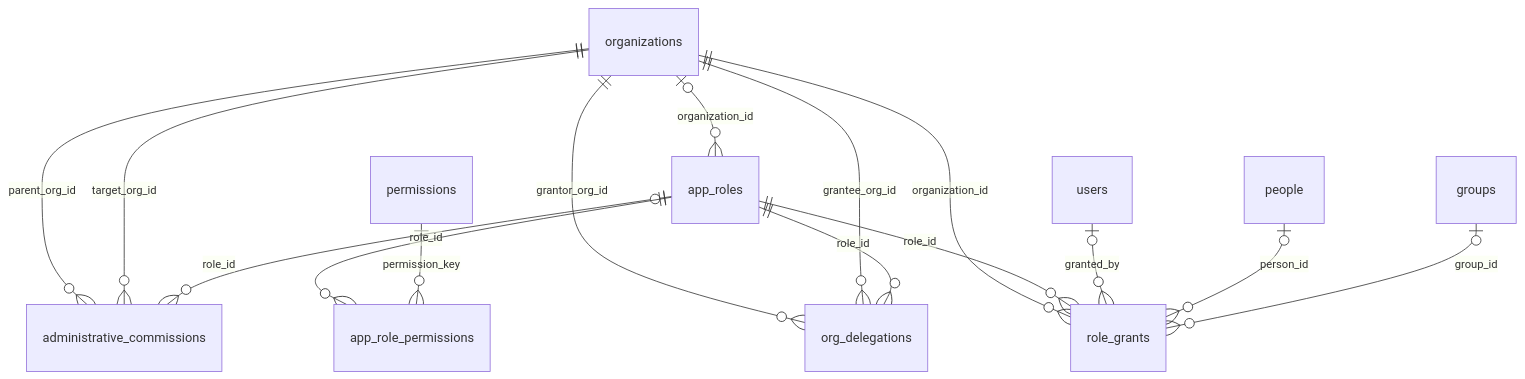
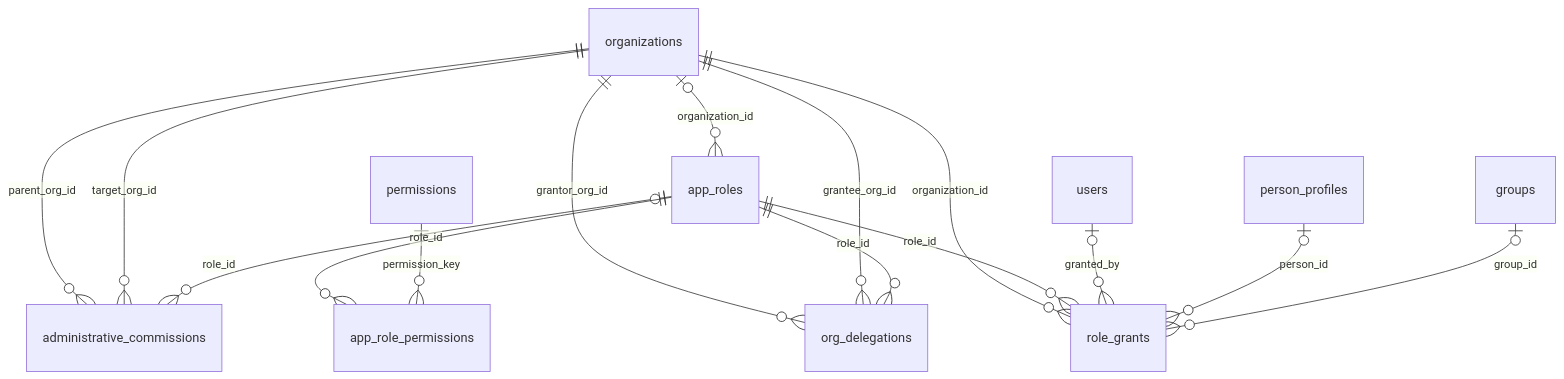
The seventh of 9 diagrams in docs/schema-design.md (chenson42/presby), drawn with Mermaid before and after one commit. The commit also changed other lines of this file and 13 other files, not shown here.

First line of the commit message:
refactor(schema): make people global, add person_profiles (D1 reversed)

````diff
--- a/docs/schema-design.md
+++ b/docs/schema-design.md
@@ -197,17 +196,17 @@
 ```mermaid
 erDiagram
   organizations ||--o{ administrative_commissions : "parent_org_id"
   organizations ||--o{ administrative_commissions : "target_org_id"
   app_roles |o--o{ administrative_commissions : "role_id"
   app_roles ||--o{ app_role_permissions : "role_id"
   permissions ||--o{ app_role_permissions : "permission_key"
   organizations |o--o{ app_roles : "organization_id"
   organizations ||--o{ org_delegations : "grantor_org_id"
   organizations ||--o{ org_delegations : "grantee_org_id"
   app_roles ||--o{ org_delegations : "role_id"
   organizations ||--o{ role_grants : "organization_id"
   app_roles ||--o{ role_grants : "role_id"
   users |o--o{ role_grants : "granted_by"
-  people |o--o{ role_grants : "person_id"
+  person_profiles |o--o{ role_grants : "person_id"
   groups |o--o{ role_grants : "group_id"
 ```
````
